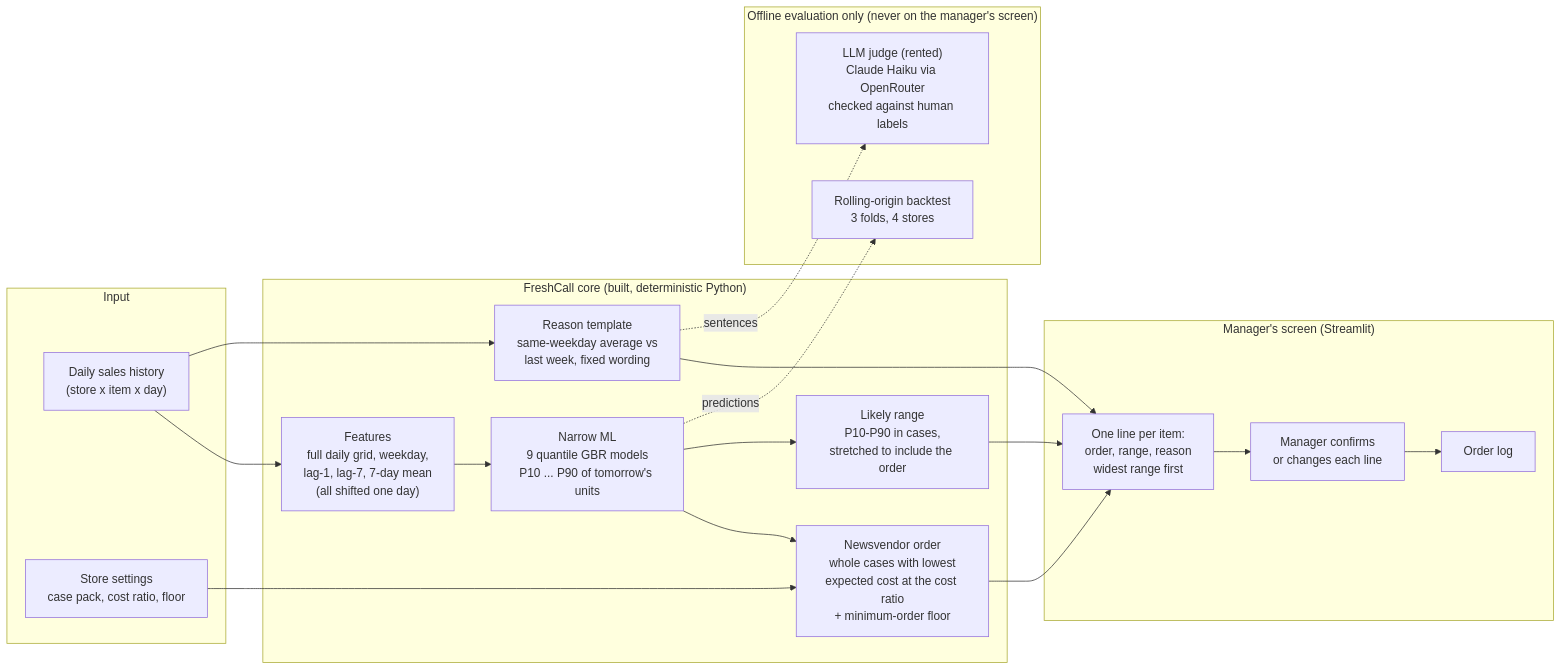
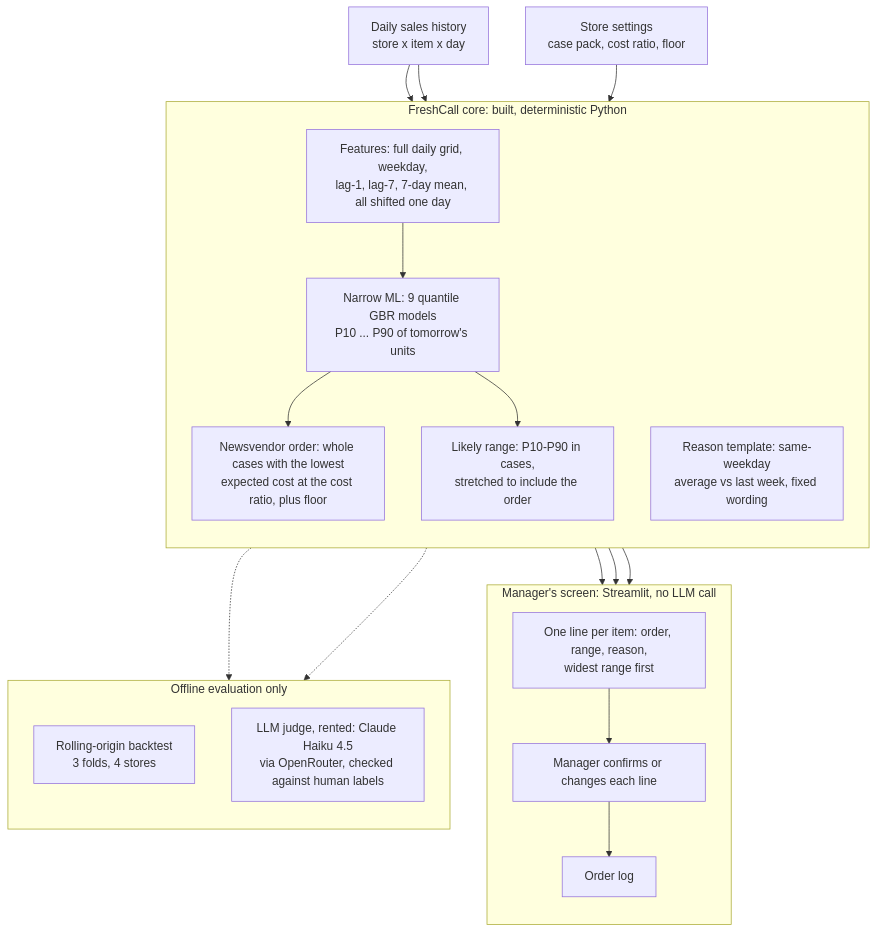
One commit to harry00001177/FreshCall changed the diagram in docs/PRODUCT.md. Above: the diagram before and after it, drawn with Mermaid.

Commit message:
PRODUCT.md: architecture diagram top-down for readability

````diff
--- a/docs/PRODUCT.md
+++ b/docs/PRODUCT.md
@@ -78,34 +78,40 @@
 ```mermaid
-flowchart LR
-    subgraph IN["Input"]
-        S["Daily sales history<br/>(store x item x day)"]
-        C["Store settings<br/>case pack, cost ratio, floor"]
+flowchart TB
+    S["Daily sales history<br/>store x item x day"]
+    C["Store settings<br/>case pack, cost ratio, floor"]
+
+    subgraph CORE["FreshCall core: built, deterministic Python"]
+        direction TB
+        F["Features: full daily grid, weekday,<br/>lag-1, lag-7, 7-day mean, all shifted one day"]
+        M["Narrow ML: 9 quantile GBR models<br/>P10 ... P90 of tomorrow's units"]
+        N["Newsvendor order: whole cases with the lowest<br/>expected cost at the cost ratio, plus floor"]
+        R["Likely range: P10-P90 in cases,<br/>stretched to include the order"]
+        T["Reason template: same-weekday<br/>average vs last week, fixed wording"]
+        F --> M
+        M --> N
+        M --> R
     end
 
-    subgraph CORE["FreshCall core (built, deterministic Python)"]
-        F["Features<br/>full daily grid, weekday,<br/>lag-1, lag-7, 7-day mean<br/>(all shifted one day)"]
-        M["Narrow ML<br/>9 quantile GBR models<br/>P10 ... P90 of tomorrow's units"]
-        N["Newsvendor order<br/>whole cases with lowest<br/>expected cost at the cost ratio<br/>+ minimum-order floor"]
-        R["Likely range<br/>P10-P90 in cases,<br/>stretched to include the order"]
-        T["Reason template<br/>same-weekday average vs<br/>last week, fixed wording"]
+    subgraph UI["Manager's screen: Streamlit, no LLM call"]
+        direction TB
+        O["One line per item: order, range, reason,<br/>widest range first"]
+        H["Manager confirms or changes each line"]
+        L["Order log"]
+        O --> H --> L
     end
 
-    subgraph UI["Manager's screen (Streamlit)"]
-        O["One line per item:<br/>order, range, reason<br/>widest range first"]
-        H["Manager confirms<br/>or changes each line"]
-        L["Order log"]
+    subgraph EVAL["Offline evaluation only"]
+        direction TB
+        B["Rolling-origin backtest<br/>3 folds, 4 stores"]
+        J["LLM judge, rented: Claude Haiku 4.5<br/>via OpenRouter, checked against human labels"]
     end
 
-    subgraph EVAL["Offline evaluation only (never on the manager's screen)"]
-        B["Rolling-origin backtest<br/>3 folds, 4 stores"]
-        J["LLM judge (rented)<br/>Claude Haiku via OpenRouter<br/>checked against human labels"]
-    end
-
-    S --> F --> M --> N --> O
+    S --> F
+    S --> T
     C --> N
-    M --> R --> O
-    S --> T --> O
-    O --> H --> L
-    M -. predictions .-> B
-    T -. sentences .-> J
+    N --> O
+    R --> O
+    T --> O
+    M -.-> B
+    T -.-> J
 ```
````
